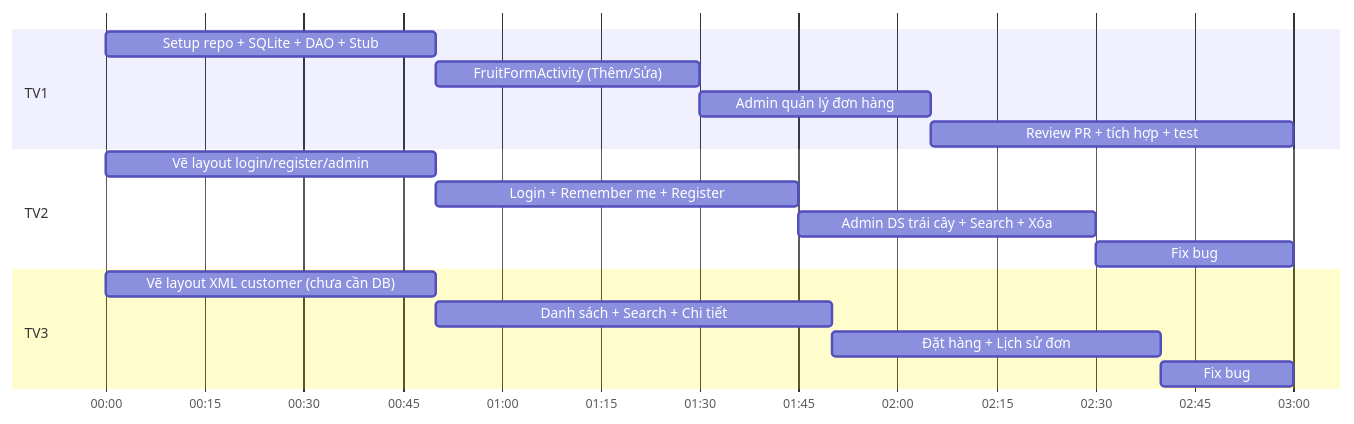
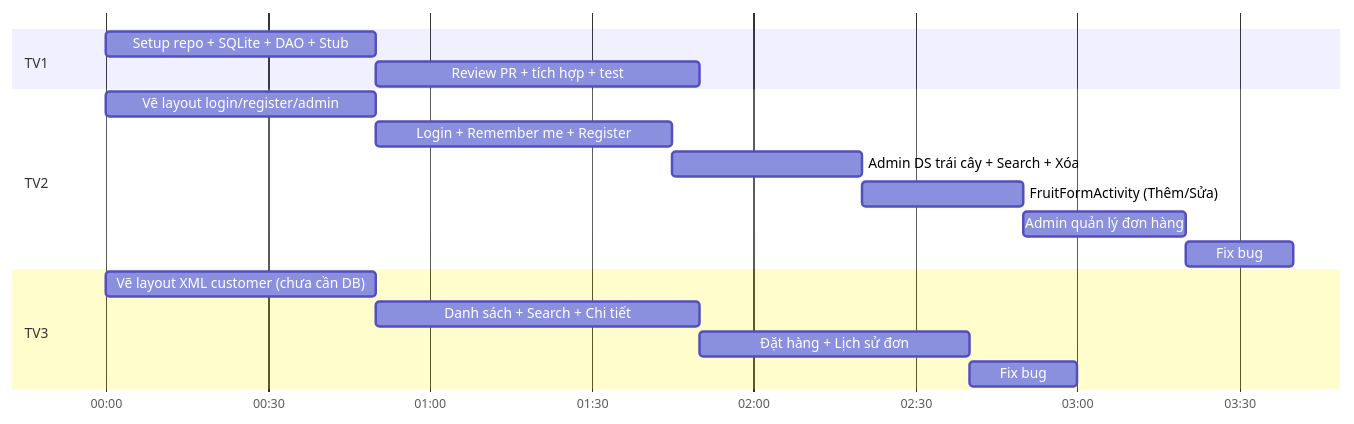
Before and after one commit to Nguyendung0538/FruitTest: the second of 2 diagrams in Docs/PLAN.md, drawn with Mermaid. The commit also changed other lines of this file and 48 other files, not shown here.

````diff
--- a/Docs/PLAN.md
+++ b/Docs/PLAN.md
@@ -252,20 +252,20 @@
 ```mermaid
 gantt
     dateFormat HH:mm
     axisFormat %H:%M
     section TV1
     Setup repo + SQLite + DAO + Stub     :t1a, 00:00, 50m
-    FruitFormActivity (Thêm/Sửa)         :t1b, after t1a, 40m
-    Admin quản lý đơn hàng               :t1c, after t1b, 35m
-    Review PR + tích hợp + test          :t1d, after t1c, 55m
+    Review PR + tích hợp + test          :t1b, after t1a, 60m
     section TV2
     Vẽ layout login/register/admin       :t2a, 00:00, 50m
     Login + Remember me + Register       :t2b, after t2a, 55m
-    Admin DS trái cây + Search + Xóa     :t2c, after t2b, 45m
-    Fix bug                              :t2d, after t2c, 30m
+    Admin DS trái cây + Search + Xóa     :t2c, after t2b, 35m
+    FruitFormActivity (Thêm/Sửa)         :t2d, after t2c, 30m
+    Admin quản lý đơn hàng               :t2e, after t2d, 30m
+    Fix bug                              :t2f, after t2e, 20m
     section TV3
     Vẽ layout XML customer (chưa cần DB) :t3a, 00:00, 50m
     Danh sách + Search + Chi tiết        :t3b, after t3a, 60m
     Đặt hàng + Lịch sử đơn               :t3c, after t3b, 50m
     Fix bug                              :t3d, after t3c, 20m
 ```
````
